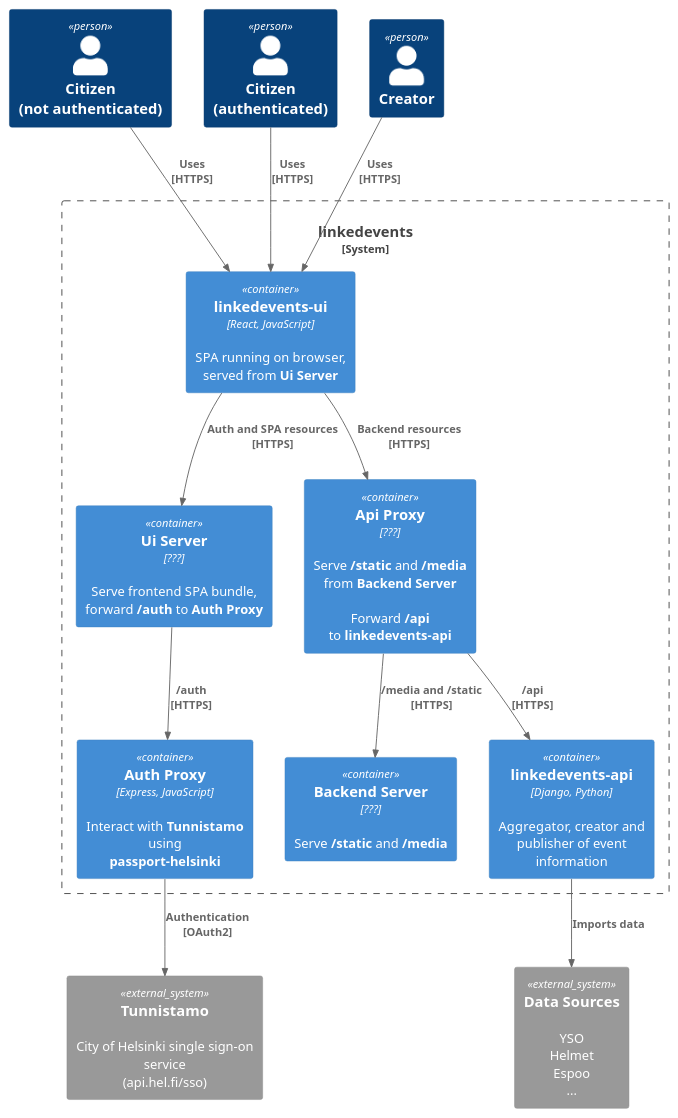
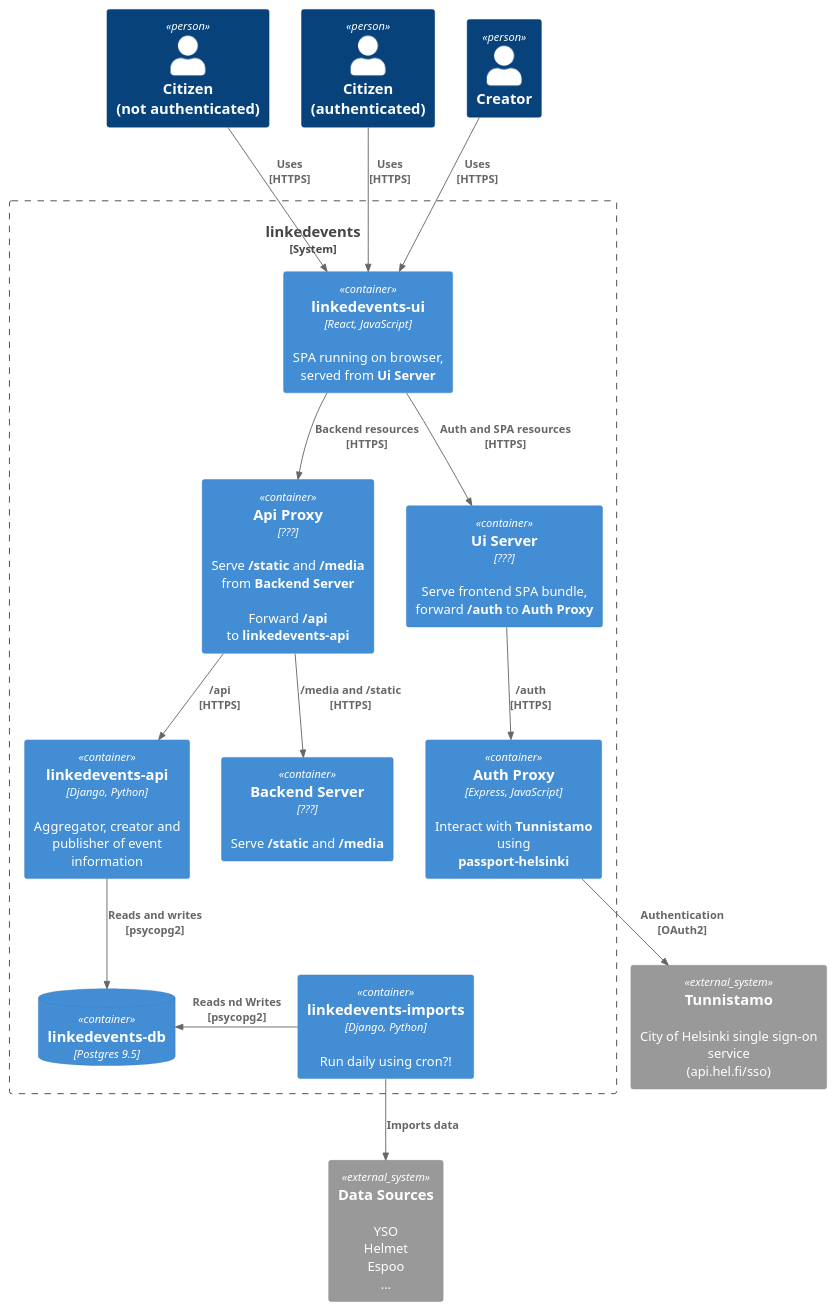
Before and after one commit to istonikula/linkedevents: the diagram in assets/puml/linkedevents-container.puml, drawn with PlantUML. The commit also changed 2 other files, not shown here.

Commit message:
feat(c4): add db and imports to linkedevent containers

```diff
--- a/assets/puml/linkedevents-container.puml
+++ b/assets/puml/linkedevents-container.puml
@@ -1,38 +1,42 @@
 @startuml linkedevents-container
 !includeurl https://raw.githubusercontent.com/RicardoNiepel/C4-PlantUML/master/C4_Container.puml
 
 Person(citizen, "Citizen\n(not authenticated)")
 Person(citizen_auth, "Citizen\n(authenticated)")
 Person(admin, "Creator")
 
 System_Boundary(linkedevents, "linkedevents") {
   Container(linkedevents_ui, "linkedevents-ui", "React, JavaScript", "SPA running on browser, served from <b>Ui Server</b>")
 
   Container(ui_server, "Ui Server", "???", "Serve frontend SPA bundle, forward <b>/auth</b> to <b>Auth Proxy</b>")
   Container(auth_proxy, "Auth Proxy", "Express, JavaScript", "Interact with <b>Tunnistamo</b> using\n<b>passport-helsinki</b>")
 
   Container(api_proxy, "Api Proxy", "???", "Serve <b>/static</b> and <b>/media</b> from <b>Backend Server</b>\n\nForward <b>/api</b>\nto <b>linkedevents-api</b>")
   Container(backend_server, "Backend Server", "???", "Serve <b>/static</b> and <b>/media</b>")
 
   Container(linkedevents_api, "linkedevents-api", "Django, Python", "Aggregator, creator and publisher of event information")
+  ContainerDb(linkedevents_db, "linkedevents-db", "Postgres 9.5")
+  Container(linkedevents_imports, "linkedevents-imports", "Django, Python", "Run daily using cron?!")
 }
 
 System_Ext(data_sources, "Data Sources", "YSO\nHelmet\nEspoo\n...")
 System_Ext(tunnistamo, "Tunnistamo", "City of Helsinki single sign-on service\n(api.hel.fi/sso)")
 
 Rel(citizen, linkedevents_ui, "Uses\n[HTTPS]")
 Rel(citizen_auth, linkedevents_ui, "Uses\n[HTTPS]")
 
 Rel(admin, linkedevents_ui, "Uses\n[HTTPS]")
 
 Rel(linkedevents_ui, ui_server, "Auth and SPA resources\n[HTTPS]")
 Rel(ui_server, auth_proxy, "/auth\n[HTTPS]")
 Rel(auth_proxy, tunnistamo, "Authentication\n[OAuth2]")
 
 Rel(linkedevents_ui, api_proxy, "Backend resources\n[HTTPS]")
 Rel(api_proxy, linkedevents_api, "/api\n[HTTPS]")
 Rel(api_proxy, backend_server, "/media and /static\n[HTTPS]")
 
-Rel(linkedevents_api, data_sources, "Imports data")
+Rel(linkedevents_api, linkedevents_db, "Reads and writes\n[psycopg2]")
+Rel_L(linkedevents_imports, linkedevents_db, "Reads nd Writes\n[psycopg2]")
+Rel(linkedevents_imports, data_sources, "Imports data")
 
 @enduml
```
